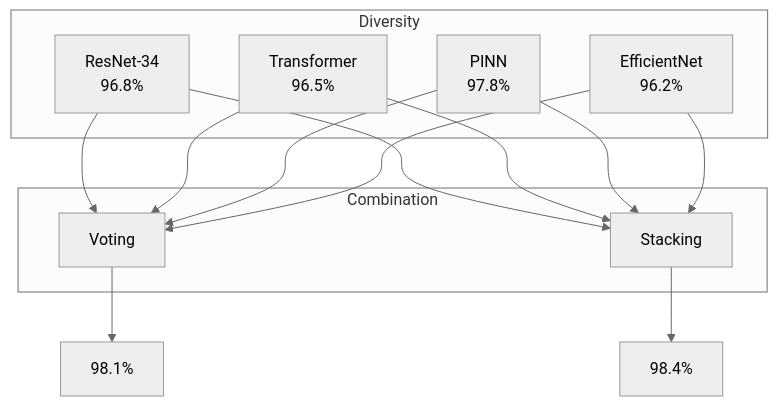
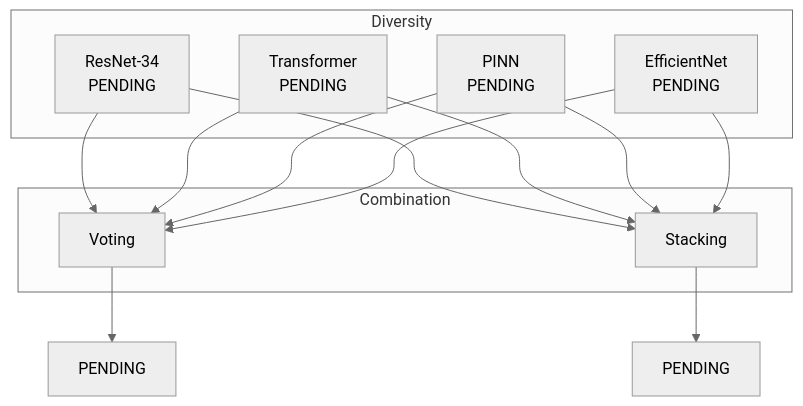
One commit to abbas-ahmad-cowlar/LSTM_PFD changed the diagram in docs/research/ensemble-strategies.md. Above: the diagram before and after it, drawn with Mermaid (neutral theme). The commit also changed other lines of this file and 26 other files, not shown here.

````diff
--- a/docs/research/ensemble-strategies.md
+++ b/docs/research/ensemble-strategies.md
@@ -9,24 +9,24 @@
 ```mermaid
 graph TB
     subgraph "Diversity"
-        A[ResNet-34<br/>96.8%]
-        B[Transformer<br/>96.5%]
-        C[PINN<br/>97.8%]
-        D[EfficientNet<br/>96.2%]
+        A[ResNet-34<br/>PENDING]
+        B[Transformer<br/>PENDING]
+        C[PINN<br/>PENDING]
+        D[EfficientNet<br/>PENDING]
     end
 
     subgraph "Combination"
         A --> E[Voting]
         B --> E
         C --> E
         D --> E
 
         A --> F[Stacking]
         B --> F
         C --> F
         D --> F
     end
 
-    E --> G[98.1%]
-    F --> H[98.4%]
+    E --> G[PENDING]
+    F --> H[PENDING]
 ```
````
